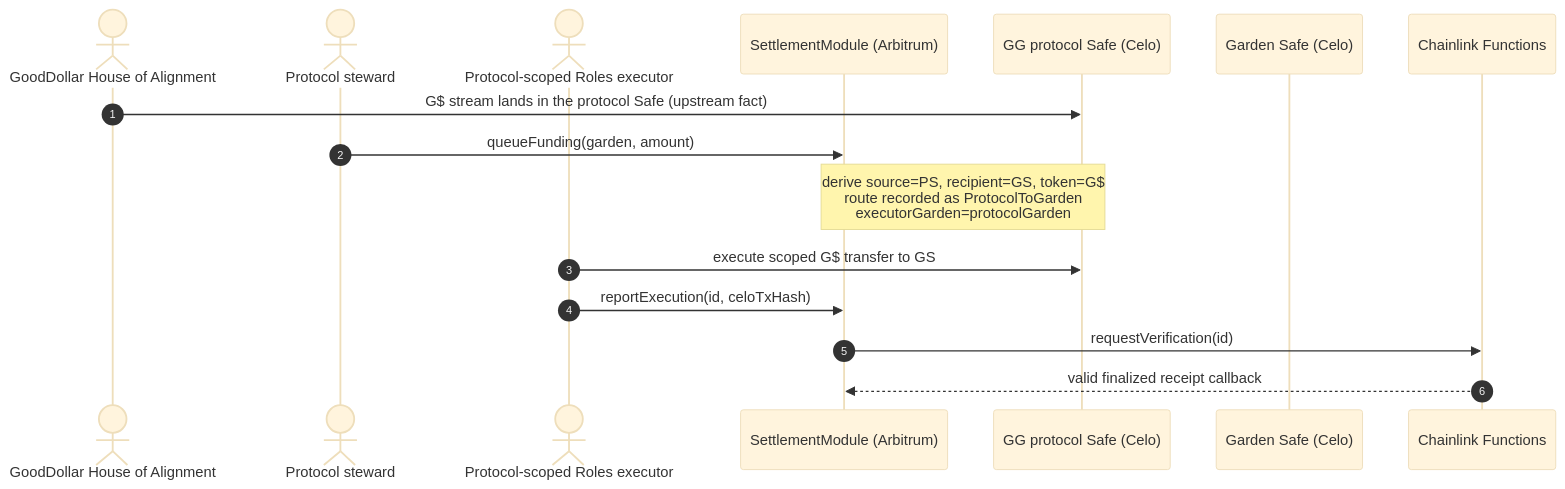
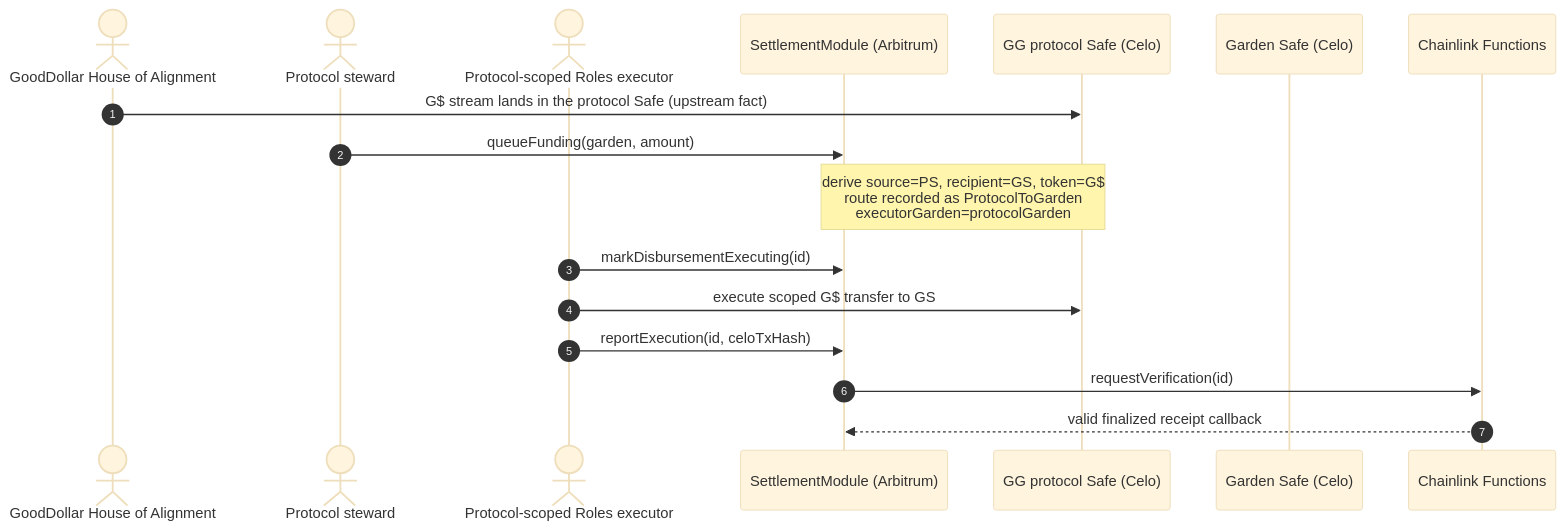
Diagram 18 of 20 in .plans/active/commitment-pooling/diagrams.md (greenpill-dev-guild/green-goods), drawn with Mermaid (base theme) before and after one commit. The commit also changed other lines of this file and 13 other files, not shown here.

````diff
--- a/.plans/active/commitment-pooling/diagrams.md
+++ b/.plans/active/commitment-pooling/diagrams.md
@@ -841,19 +967,20 @@
 ```mermaid
 sequenceDiagram
   autonumber
   actor HOA as GoodDollar House of Alignment
   actor OP as Protocol steward
   actor EX as Protocol-scoped Roles executor
   participant SM as SettlementModule (Arbitrum)
   participant PS as GG protocol Safe (Celo)
   participant GS as Garden Safe (Celo)
   participant CL as Chainlink Functions
 
   HOA->>PS: G$ stream lands in the protocol Safe (upstream fact)
   OP->>SM: queueFunding(garden, amount)
   Note over SM,PS: derive source=PS, recipient=GS, token=G$<br/>route recorded as ProtocolToGarden<br/>executorGarden=protocolGarden
+  EX->>SM: markDisbursementExecuting(id)
   EX->>PS: execute scoped G$ transfer to GS
   EX->>SM: reportExecution(id, celoTxHash)
   SM->>CL: requestVerification(id)
   CL-->>SM: valid finalized receipt callback
 ```
````
